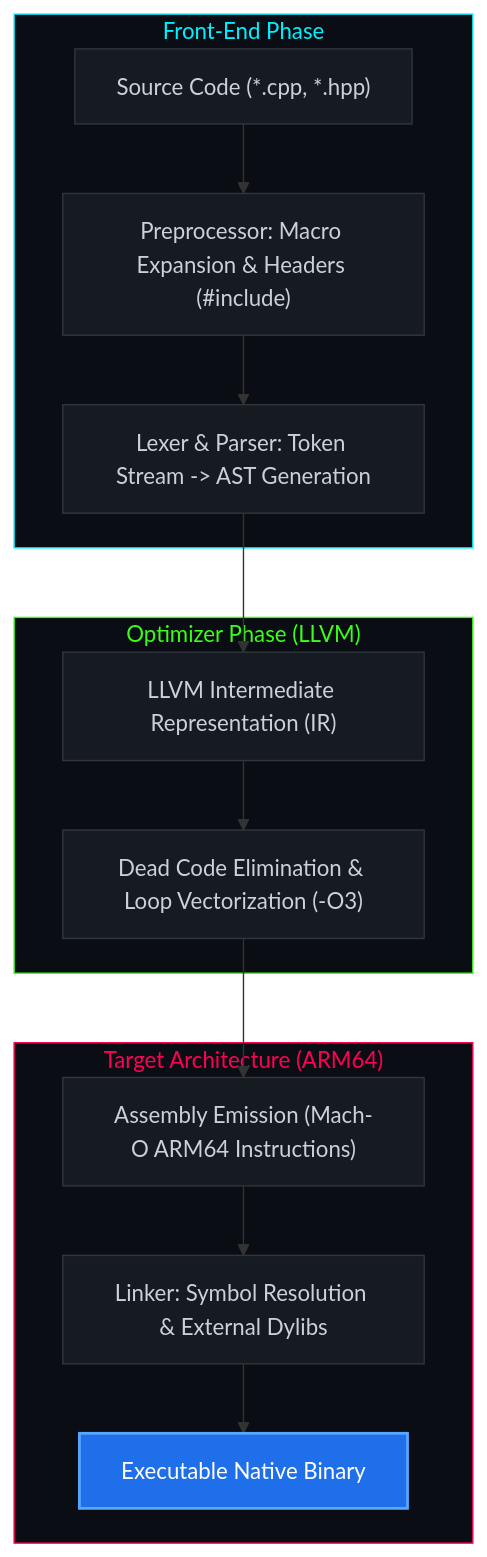
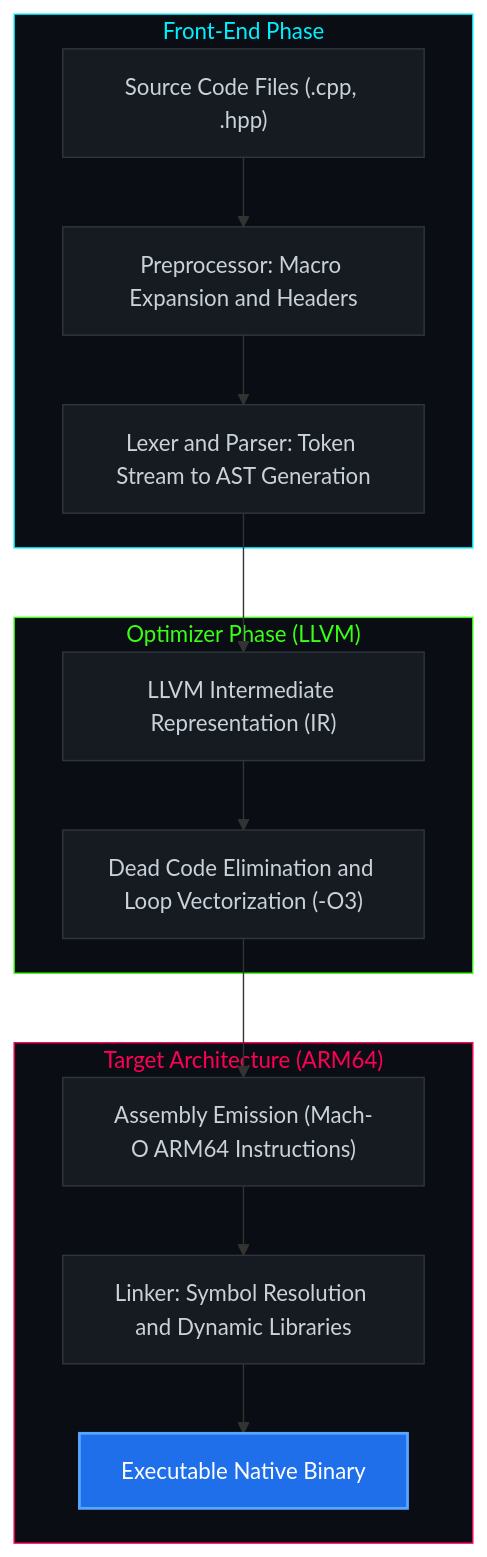
The first of 3 diagrams in README.md (Shomay12/Working-with-Cpp), drawn with Mermaid before and after one commit. The commit also changed other lines of this file and 3 other files, not shown here.

Commit message:
fix: resolve XML entity parsing errors in SVGs and sanitize Mermaid diagram syntax

````diff
--- a/README.md
+++ b/README.md
@@ -49,30 +49,30 @@
 ```mermaid
 flowchart TD
     subgraph Frontend ["Front-End Phase"]
-        SRC["Source Code (*.cpp, *.hpp)"] --> PRE["Preprocessor: Macro Expansion & Headers (#include)"]
-        PRE --> LEX["Lexer & Parser: Token Stream -> AST Generation"]
+        SRC["Source Code Files (.cpp, .hpp)"] --> PRE["Preprocessor: Macro Expansion and Headers"]
+        PRE --> LEX["Lexer and Parser: Token Stream to AST Generation"]
     end
 
     subgraph Middle ["Optimizer Phase (LLVM)"]
         LEX --> IR["LLVM Intermediate Representation (IR)"]
-        IR --> OPT["Dead Code Elimination & Loop Vectorization (-O3)"]
+        IR --> OPT["Dead Code Elimination and Loop Vectorization (-O3)"]
     end
 
     subgraph Backend ["Target Architecture (ARM64)"]
         OPT --> ASM["Assembly Emission (Mach-O ARM64 Instructions)"]
-        ASM --> LINK["Linker: Symbol Resolution & External Dylibs"]
+        ASM --> LINK["Linker: Symbol Resolution and Dynamic Libraries"]
         LINK --> ELF["Executable Native Binary"]
     end
 
     style Frontend fill:#0a0e14,stroke:#00f0ff,stroke-width:1px,color:#00f0ff
     style Middle fill:#0a0e14,stroke:#39ff14,stroke-width:1px,color:#39ff14
     style Backend fill:#0a0e14,stroke:#ff0055,stroke-width:1px,color:#ff0055
     style SRC fill:#161b22,stroke:#30363d,color:#c9d1d9
     style PRE fill:#161b22,stroke:#30363d,color:#c9d1d9
     style LEX fill:#161b22,stroke:#30363d,color:#c9d1d9
     style IR fill:#161b22,stroke:#30363d,color:#c9d1d9
     style OPT fill:#161b22,stroke:#30363d,color:#c9d1d9
     style ASM fill:#161b22,stroke:#30363d,color:#c9d1d9
     style LINK fill:#161b22,stroke:#30363d,color:#c9d1d9
     style ELF fill:#1f6feb,stroke:#58a6ff,stroke-width:2px,color:#ffffff
 ```
````
